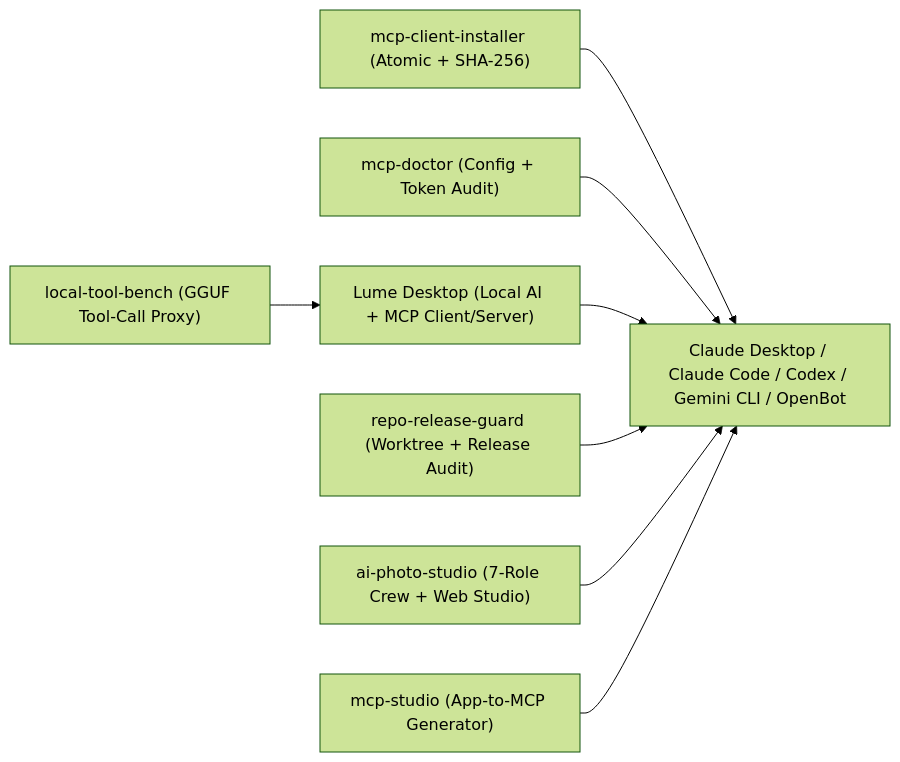
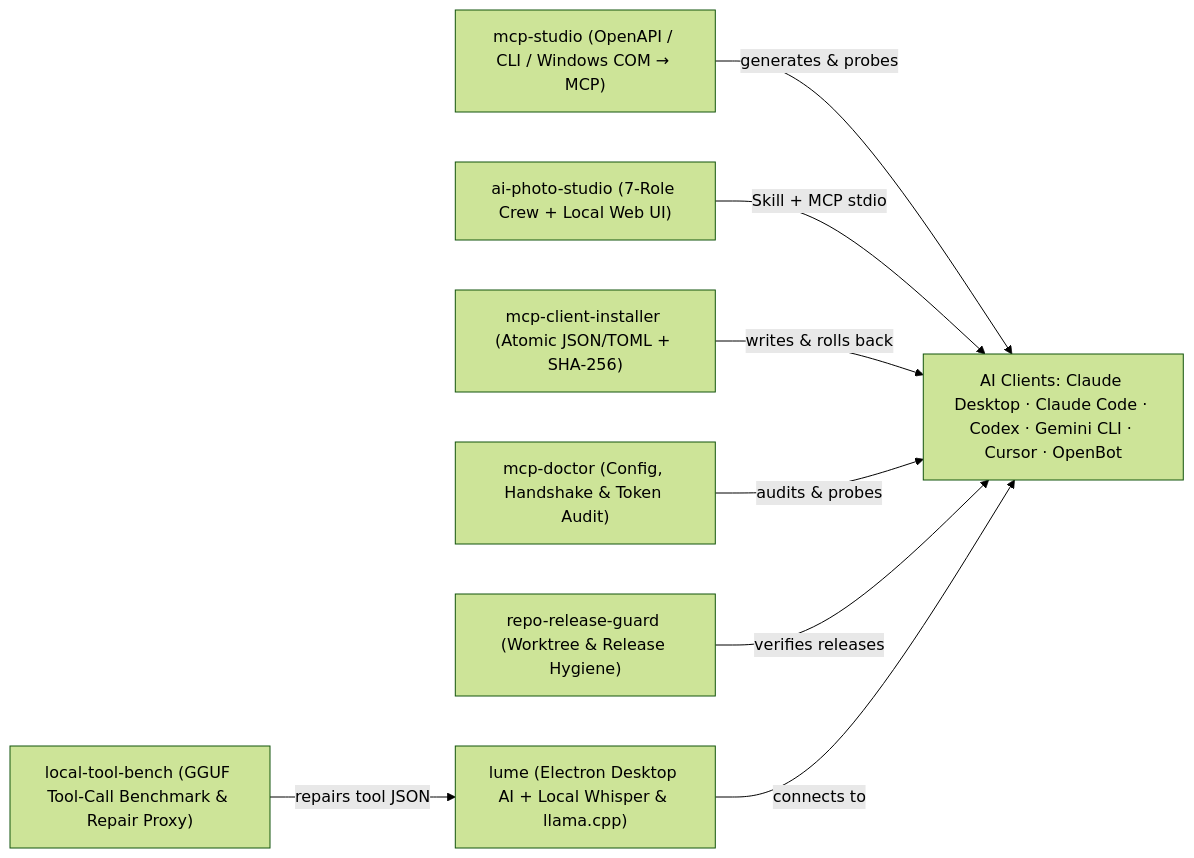
Before and after one commit to deusbr/deusbr: the diagram in README.md, drawn with Mermaid (forest theme). The commit also changed other lines of this file, not shown here.

Commit message:
docs: upgrade profile README with full 7-project AI/MCP suite, architecture, and CI badges

````diff
--- a/README.md
+++ b/README.md
@@ -27,19 +64,19 @@
 ```mermaid
 flowchart LR
-  Clients["Claude Desktop / Claude Code / Codex / Gemini CLI / OpenBot"]
-  Installer["mcp-client-installer (Atomic + SHA-256)"]
-  Doctor["mcp-doctor (Config + Token Audit)"]
-  Lume["Lume Desktop (Local AI + MCP Client/Server)"]
-  Bench["local-tool-bench (GGUF Tool-Call Proxy)"]
-  Guard["repo-release-guard (Worktree + Release Audit)"]
-  Studio["ai-photo-studio (7-Role Crew + Web Studio)"]
-  McpStudio["mcp-studio (App-to-MCP Generator)"]
+  Clients["AI Clients: Claude Desktop · Claude Code · Codex · Gemini CLI · Cursor · OpenBot"]
+  McpStudio["mcp-studio (OpenAPI / CLI / Windows COM → MCP)"]
+  PhotoStudio["ai-photo-studio (7-Role Crew + Local Web UI)"]
+  Installer["mcp-client-installer (Atomic JSON/TOML + SHA-256)"]
+  Doctor["mcp-doctor (Config, Handshake & Token Audit)"]
+  Guard["repo-release-guard (Worktree & Release Hygiene)"]
+  Lume["lume (Electron Desktop AI + Local Whisper & llama.cpp)"]
+  Bench["local-tool-bench (GGUF Tool-Call Benchmark & Repair Proxy)"]
 
-  Installer --> Clients
-  Doctor --> Clients
-  Lume --> Clients
-  Bench --> Lume
-  Guard --> Clients
-  Studio --> Clients
-  McpStudio --> Clients
+  McpStudio -->|"generates & probes"| Clients
+  PhotoStudio -->|"Skill + MCP stdio"| Clients
+  Installer -->|"writes & rolls back"| Clients
+  Doctor -->|"audits & probes"| Clients
+  Guard -->|"verifies releases"| Clients
+  Lume -->|"connects to"| Clients
+  Bench -->|"repairs tool JSON"| Lume
 ```
````
